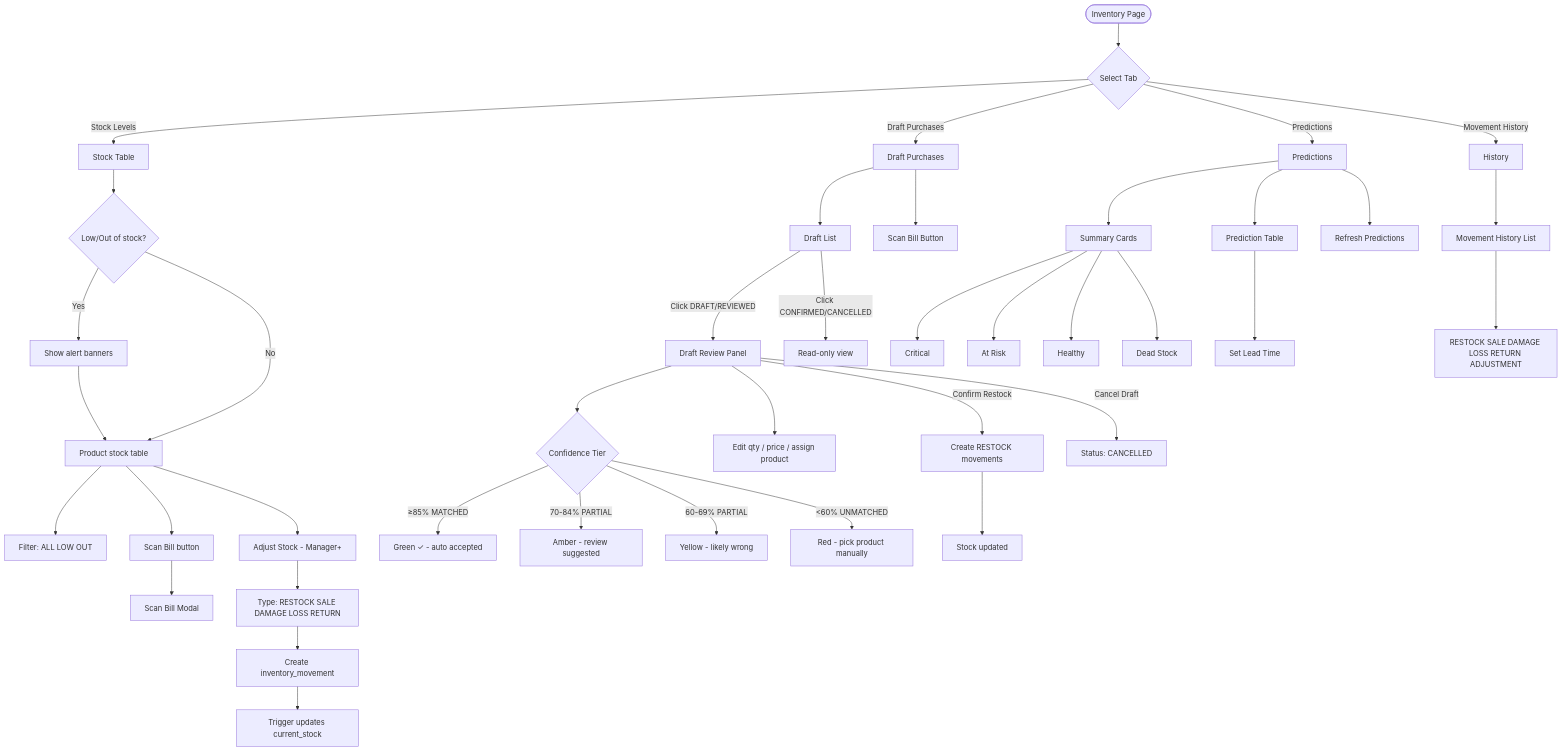
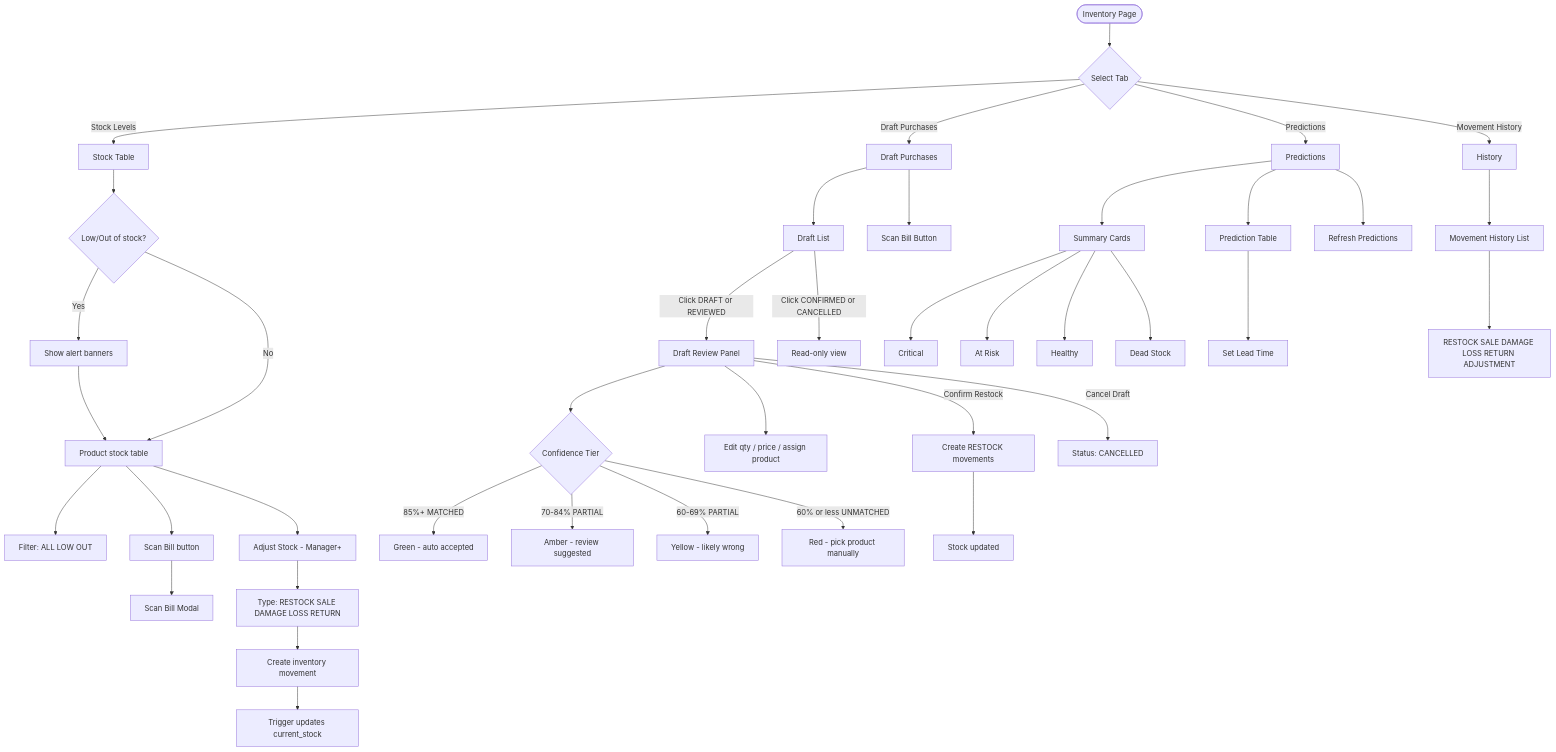
The fourth of 16 diagrams in docs/USER_FLOWS.md (gstposbhutan/edgePOS), drawn with Mermaid before and after one commit. The commit also changed other lines of this file, not shown here.

First line of the commit message:
fix: escape special characters in Mermaid diagrams for VS Code rendering

````diff
--- a/docs/USER_FLOWS.md
+++ b/docs/USER_FLOWS.md
@@ -155,51 +155,51 @@
 ```mermaid
 flowchart TD
     INV([Inventory Page]) --> TABS{Select Tab}
     
     TABS --> |Stock Levels| STOCK_TAB[Stock Table]
     TABS --> |Draft Purchases| DRAFT_TAB[Draft Purchases]
     TABS --> |Predictions| PRED_TAB[Predictions]
     TABS --> |Movement History| HIST_TAB[History]
     
     STOCK_TAB --> ALERTS{Low/Out of stock?}
     ALERTS --> |Yes| BANNER[Show alert banners]
     ALERTS --> |No| TABLE
     BANNER --> TABLE[Product stock table]
     TABLE --> FILTER_STOCK[Filter: ALL LOW OUT]
     TABLE --> SCAN_BTN[Scan Bill button]
-    TABLE --> ADJUST[Adjust Stock - Manager+]
-    ADJUST --> ADJ_TYPE[Type: RESTOCK SALE DAMAGE LOSS RETURN]
-    ADJ_TYPE --> MOVEMENT[Create inventory_movement]
+    TABLE --> ADJUST["Adjust Stock - Manager+"]
+    ADJUST --> ADJ_TYPE["Type: RESTOCK SALE DAMAGE LOSS RETURN"]
+    ADJ_TYPE --> MOVEMENT[Create inventory movement]
     MOVEMENT --> UPDATE_STOCK[Trigger updates current_stock]
     
     SCAN_BTN --> SCAN_MODAL[Scan Bill Modal]
     
     DRAFT_TAB --> DRAFT_LIST[Draft List]
     DRAFT_TAB --> SCAN_BTN2[Scan Bill Button]
     
-    DRAFT_LIST --> |Click DRAFT/REVIEWED| REVIEW[Draft Review Panel]
-    DRAFT_LIST --> |Click CONFIRMED/CANCELLED| VIEW_ONLY[Read-only view]
+    DRAFT_LIST --> |Click DRAFT or REVIEWED| REVIEW[Draft Review Panel]
+    DRAFT_LIST --> |Click CONFIRMED or CANCELLED| VIEW_ONLY[Read-only view]
     
     REVIEW --> CONF_TIERS{Confidence Tier}
-    CONF_TIERS --> |≥85% MATCHED| GREEN[Green ✓ - auto accepted]
-    CONF_TIERS --> |70-84% PARTIAL| AMBER[Amber - review suggested]
-    CONF_TIERS --> |60-69% PARTIAL| YELLOW[Yellow - likely wrong]
-    CONF_TIERS --> |<60% UNMATCHED| RED[Red - pick product manually]
+    CONF_TIERS --> |85%+ MATCHED| GREEN["Green - auto accepted"]
+    CONF_TIERS --> |70-84% PARTIAL| AMBER["Amber - review suggested"]
+    CONF_TIERS --> |60-69% PARTIAL| YELLOW["Yellow - likely wrong"]
+    CONF_TIERS --> |60% or less UNMATCHED| RED["Red - pick product manually"]
     
-    REVIEW --> EDIT_ITEMS[Edit qty / price / assign product]
+    REVIEW --> EDIT_ITEMS["Edit qty / price / assign product"]
     REVIEW --> |Confirm Restock| CONFIRM_D[Create RESTOCK movements]
     CONFIRM_D --> STOCK_UP[Stock updated]
     REVIEW --> |Cancel Draft| CANCEL_D[Status: CANCELLED]
     
     PRED_TAB --> SUMMARY[Summary Cards]
     SUMMARY --> CRIT[Critical]
     SUMMARY --> RISK[At Risk]
     SUMMARY --> HEALTHY[Healthy]
     SUMMARY --> DEAD[Dead Stock]
     PRED_TAB --> PRED_TABLE[Prediction Table]
     PRED_TABLE --> LEAD_TIME[Set Lead Time]
     PRED_TAB --> REFRESH_P[Refresh Predictions]
     
     HIST_TAB --> MOV_LIST[Movement History List]
-    MOV_LIST --> MOV_TYPES[RESTOCK SALE DAMAGE LOSS RETURN ADJUSTMENT]
+    MOV_LIST --> MOV_TYPES["RESTOCK SALE DAMAGE LOSS RETURN ADJUSTMENT"]
 ```
````
